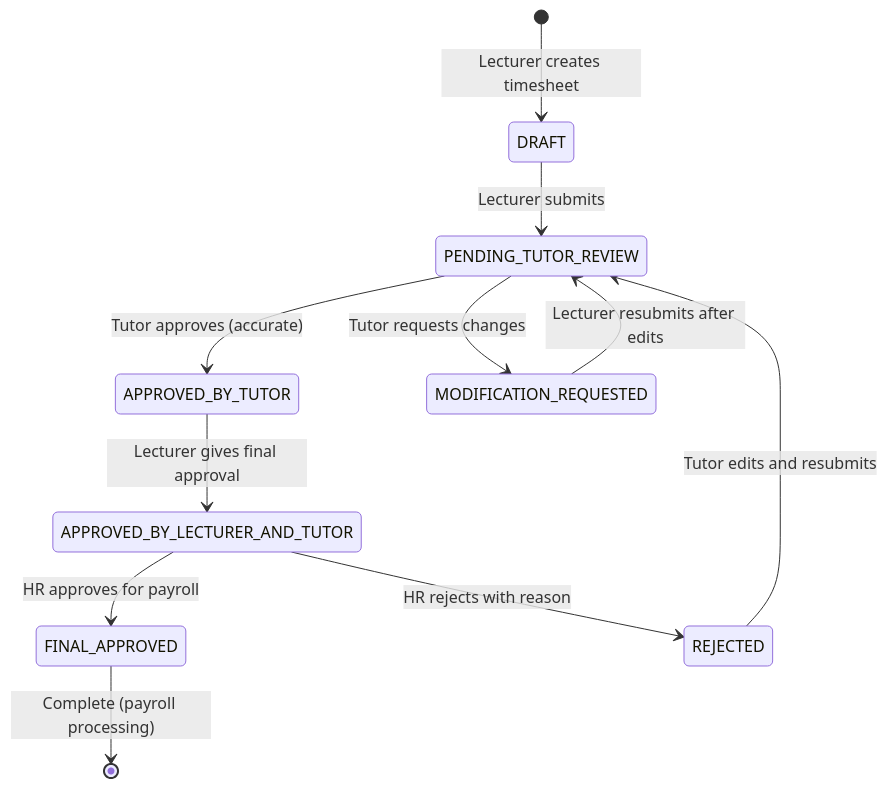
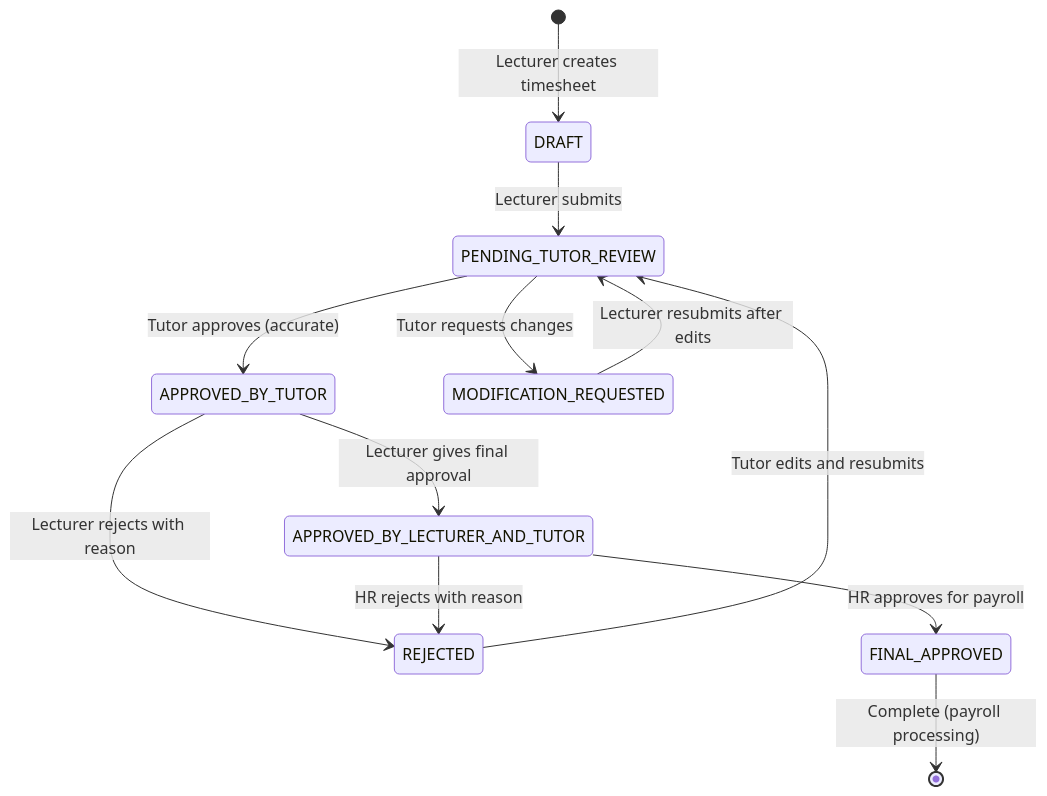
Before and after one commit to Jackela/Casual-Academic-Time-Allocation-Management-System: the diagram in docs/timesheet-approval-workflow-ssot.md, drawn with Mermaid. The commit also changed other lines of this file and 58 other files, not shown here.

````diff
--- a/docs/timesheet-approval-workflow-ssot.md
+++ b/docs/timesheet-approval-workflow-ssot.md
@@ -83,20 +84,21 @@
 ```mermaid
 stateDiagram-v2
     [*] --> DRAFT: Lecturer creates timesheet
     
     DRAFT --> PENDING_TUTOR_REVIEW: Lecturer submits
     
     PENDING_TUTOR_REVIEW --> APPROVED_BY_TUTOR: Tutor approves (accurate)
     PENDING_TUTOR_REVIEW --> MODIFICATION_REQUESTED: Tutor requests changes
     
     MODIFICATION_REQUESTED --> PENDING_TUTOR_REVIEW: Lecturer resubmits after edits
     
     APPROVED_BY_TUTOR --> APPROVED_BY_LECTURER_AND_TUTOR: Lecturer gives final approval
+    APPROVED_BY_TUTOR --> REJECTED: Lecturer rejects with reason
     
     APPROVED_BY_LECTURER_AND_TUTOR --> FINAL_APPROVED: HR approves for payroll
     APPROVED_BY_LECTURER_AND_TUTOR --> REJECTED: HR rejects with reason
     
     REJECTED --> PENDING_TUTOR_REVIEW: Tutor edits and resubmits
     
     FINAL_APPROVED --> [*]: Complete (payroll processing)
 ```
````
